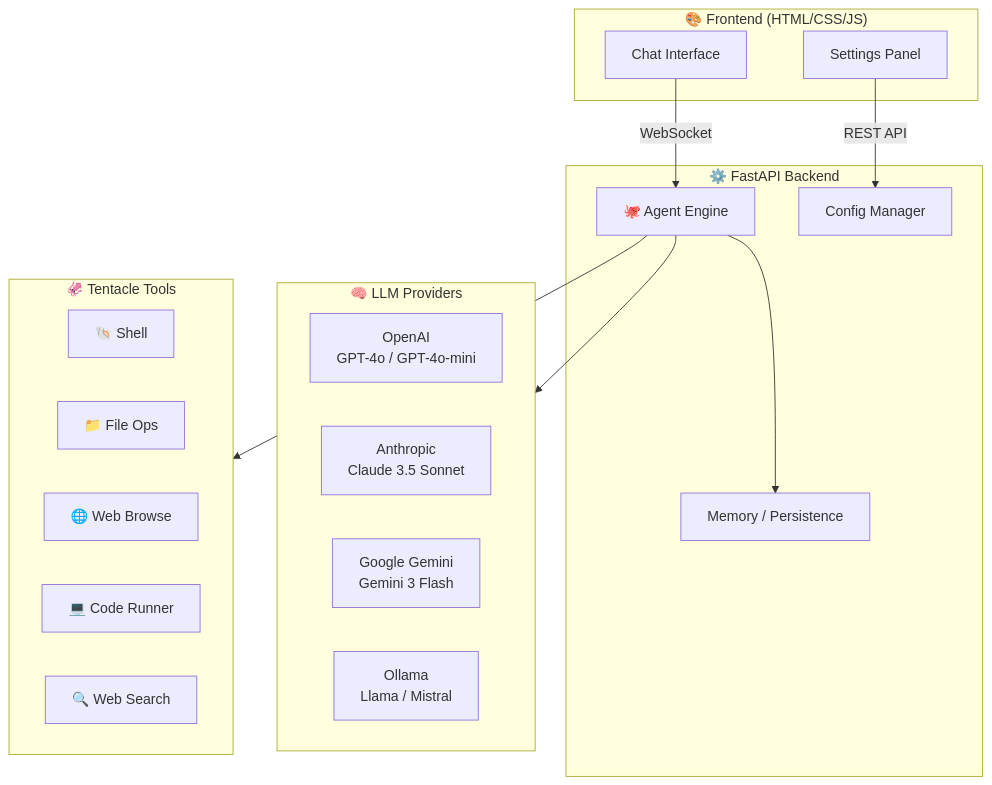
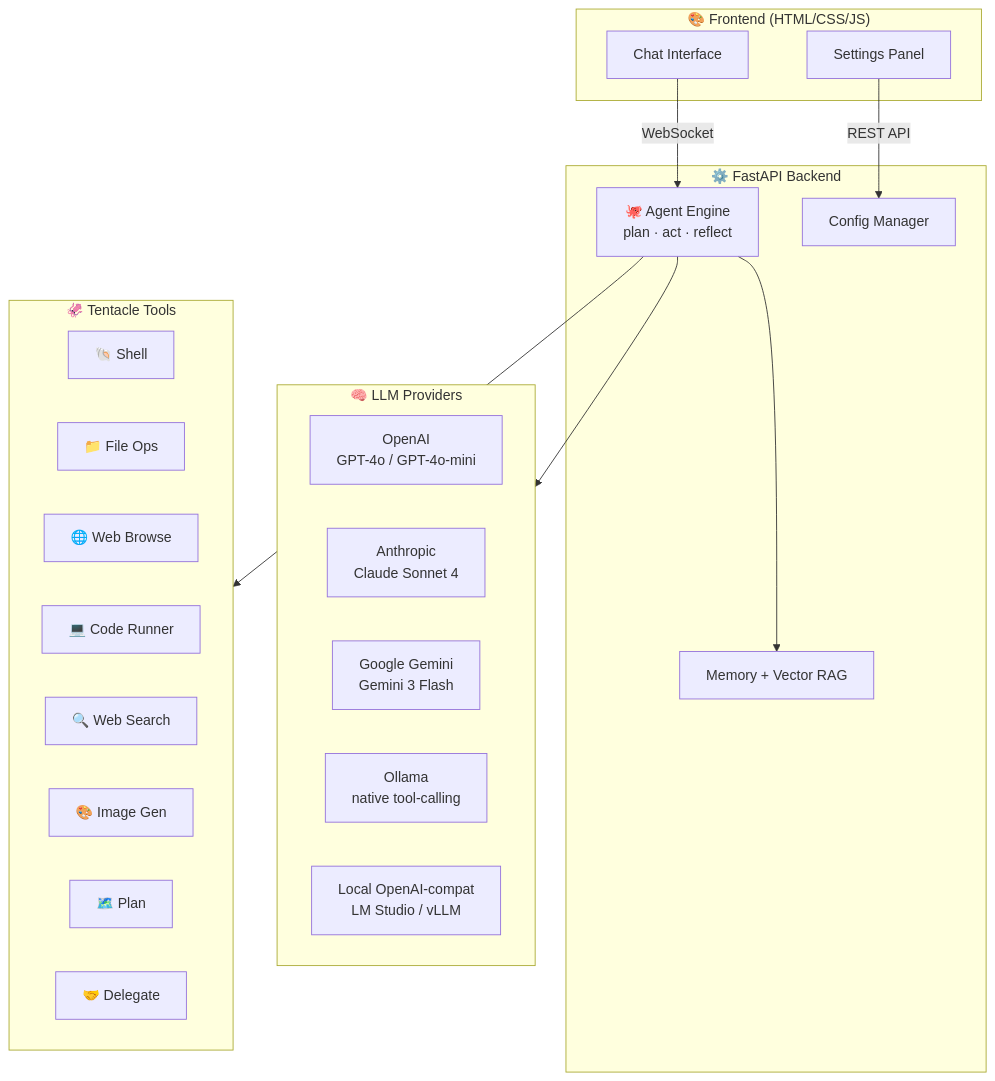
The first of 2 diagrams in README.md (Masriyan/Octopus-Ai), drawn with Mermaid before and after one commit. The commit also changed other lines of this file and 21 other files, not shown here.

````diff
--- a/README.md
+++ b/README.md
@@ -53,34 +53,38 @@
 ```mermaid
 graph TB
     subgraph Frontend["🎨 Frontend (HTML/CSS/JS)"]
         UI[Chat Interface]
         Settings[Settings Panel]
     end
 
     subgraph Backend["⚙️ FastAPI Backend"]
-        Agent[🐙 Agent Engine]
+        Agent[🐙 Agent Engine<br/>plan · act · reflect]
         Config[Config Manager]
-        Memory[Memory / Persistence]
+        Memory[Memory + Vector RAG]
     end
 
     subgraph LLM["🧠 LLM Providers"]
         OpenAI[OpenAI<br/>GPT-4o / GPT-4o-mini]
-        Anthropic[Anthropic<br/>Claude 3.5 Sonnet]
+        Anthropic[Anthropic<br/>Claude Sonnet 4]
         Gemini[Google Gemini<br/>Gemini 3 Flash]
-        Ollama[Ollama<br/>Llama / Mistral]
+        Ollama[Ollama<br/>native tool-calling]
+        Local[Local OpenAI-compat<br/>LM Studio / vLLM]
     end
 
     subgraph Tools["🦑 Tentacle Tools"]
         Shell[🐚 Shell]
         FileOps[📁 File Ops]
         WebBrowse[🌐 Web Browse]
         CodeRun[💻 Code Runner]
         Search[🔍 Web Search]
+        Image[🎨 Image Gen]
+        Plan[🗺️ Plan]
+        Delegate[🤝 Delegate]
     end
 
     UI -- WebSocket --> Agent
     Settings -- REST API --> Config
     Agent --> LLM
     Agent --> Tools
     Agent --> Memory
 ```
````
